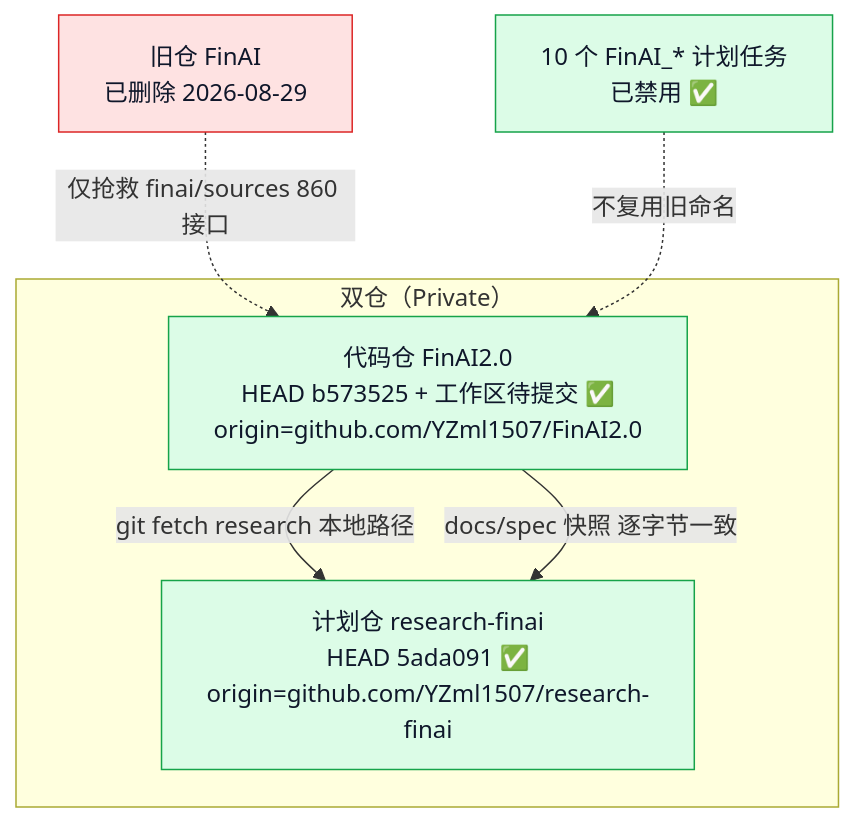
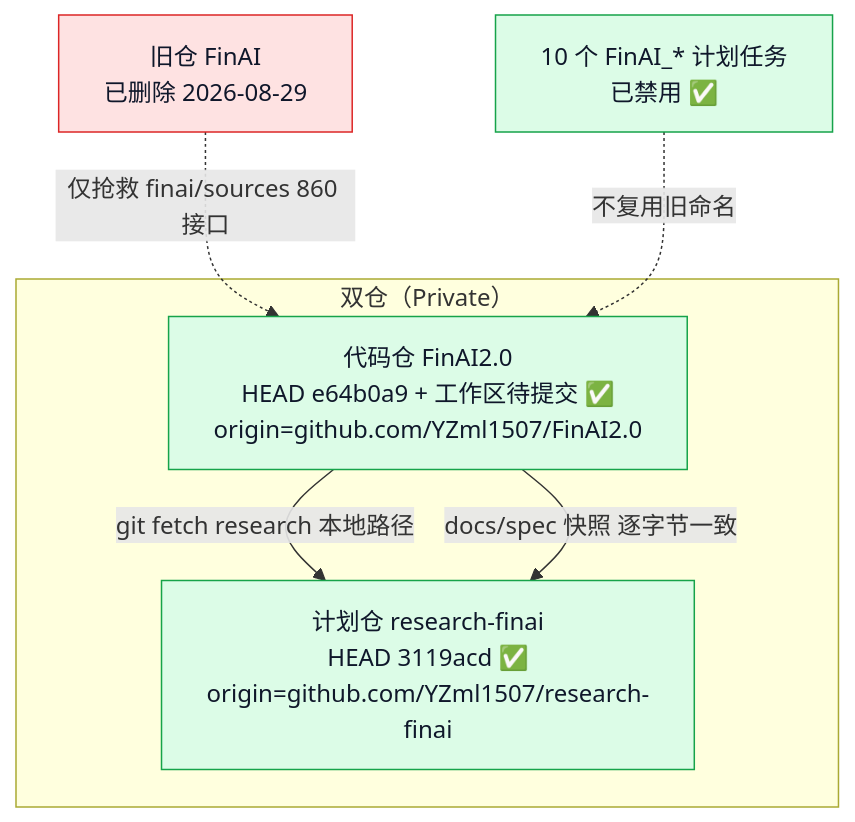
One commit to YZml1507/FinAI2.0 changed the first of 6 diagrams in docs/project_status_flowchart.md. Above: the diagram before and after it, drawn with Mermaid. The commit also changed other lines of this file and 8 other files, not shown here.

Commit message:
docs: organize docs into docs/README.md, move loose summaries to docs/delivery, update root README/LESSONS and flowcharts

````diff
--- a/docs/project_status_flowchart.md
+++ b/docs/project_status_flowchart.md
@@ -9,17 +9,17 @@
 ```mermaid
 flowchart TD
   subgraph REPO["双仓（Private）"]
-    F["代码仓 FinAI2.0<br/>HEAD b573525 + 工作区待提交 ✅<br/>origin=github.com/YZml1507/FinAI2.0"] 
-    R["计划仓 research-finai<br/>HEAD 5ada091 ✅<br/>origin=github.com/YZml1507/research-finai"]
+    F["代码仓 FinAI2.0<br/>HEAD e64b0a9 + 工作区待提交 ✅<br/>origin=github.com/YZml1507/FinAI2.0"] 
+    R["计划仓 research-finai<br/>HEAD 3119acd ✅<br/>origin=github.com/YZml1507/research-finai"]
     F -->|git fetch research 本地路径| R
     F -->|docs/spec 快照 逐字节一致| R
   end
   DEL["旧仓 FinAI<br/>已删除 2026-08-29"]
   TASK["10 个 FinAI_* 计划任务<br/>已禁用 ✅"]
   DEL -.->|仅抢救 finai/sources 860 接口| F
   TASK -.->|不复用旧命名| F
   style F fill:#dcfce7,stroke:#16a34a,color:#0f172a
   style R fill:#dcfce7,stroke:#16a34a,color:#0f172a
   style DEL fill:#fee2e2,stroke:#dc2626,color:#0f172a
   style TASK fill:#dcfce7,stroke:#16a34a,color:#0f172a
 ```
````
